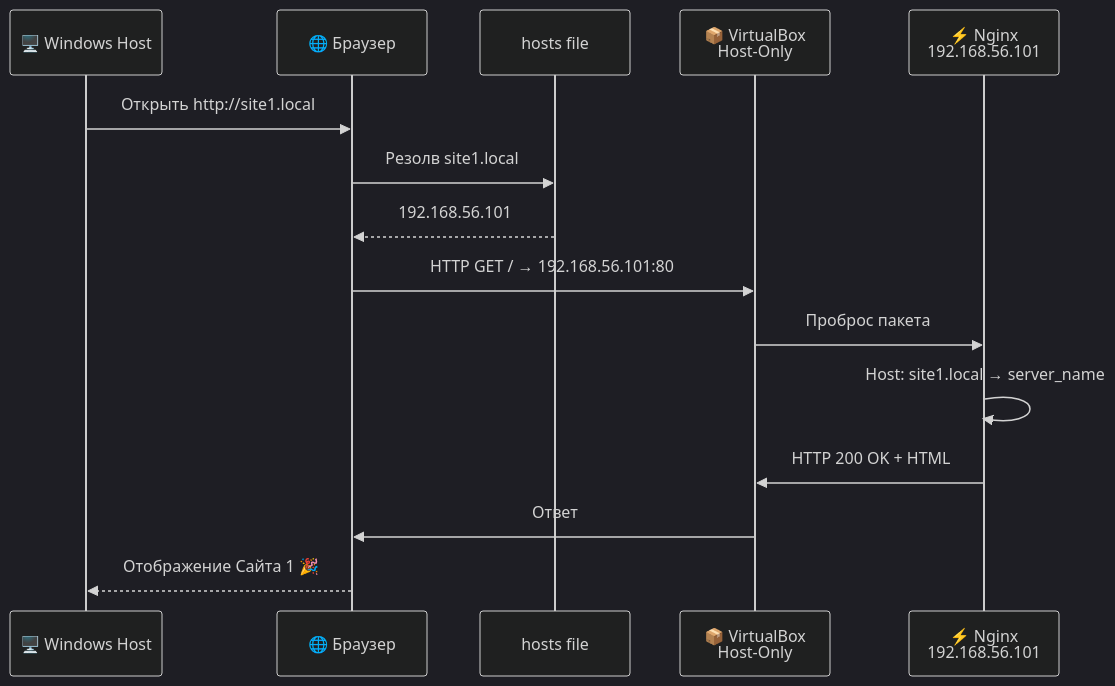
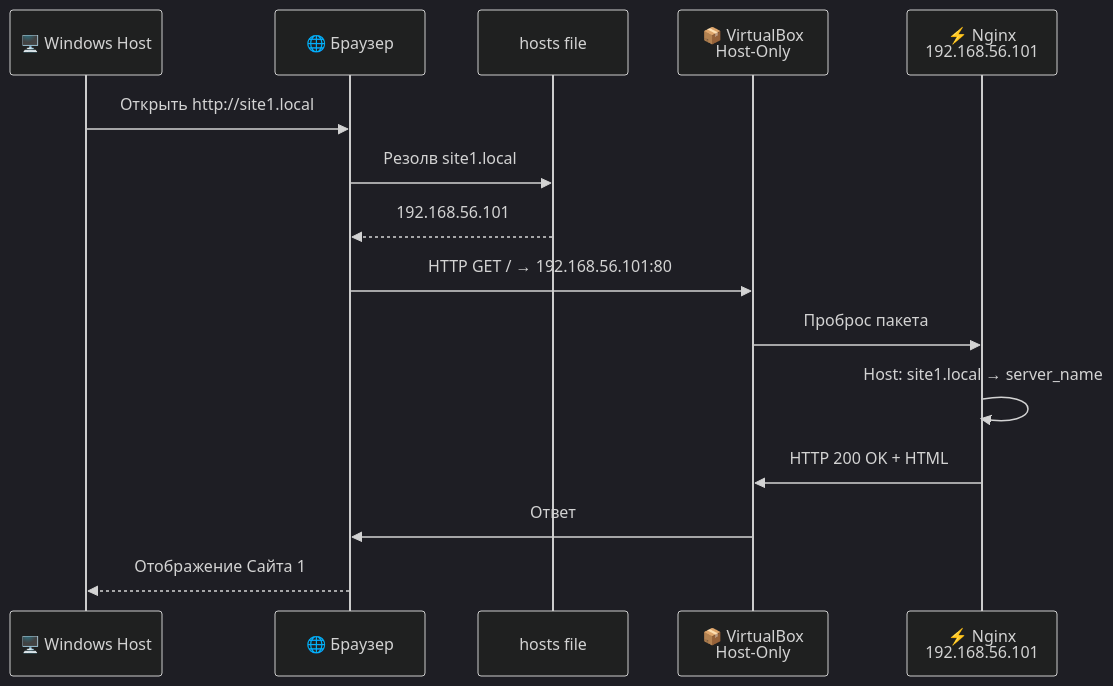
Before and after one commit to Mohanad0101/LAB16_VHosts: the fourth of 12 diagrams in README.md, drawn with Mermaid. The commit also changed other lines of this file, not shown here.

````diff
--- a/README.md
+++ b/README.md
@@ -577,19 +589,19 @@
 ```mermaid
 %%{init: {'theme': 'dark'}}%%
 sequenceDiagram
     participant W as 🖥️ Windows Host
     participant B as 🌐 Браузер
     participant H as hosts file
     participant V as 📦 VirtualBox<br/>Host-Only
     participant N as ⚡ Nginx<br/>192.168.56.101
 
     W->>B: Открыть http://site1.local
     B->>H: Резолв site1.local
     H-->>B: 192.168.56.101
     B->>V: HTTP GET / → 192.168.56.101:80
     V->>N: Проброс пакета
     N->>N: Host: site1.local → server_name
     N->>V: HTTP 200 OK + HTML
     V->>B: Ответ
-    B-->>W: Отображение Сайта 1 🎉
+    B-->>W: Отображение Сайта 1 
 ```
````
